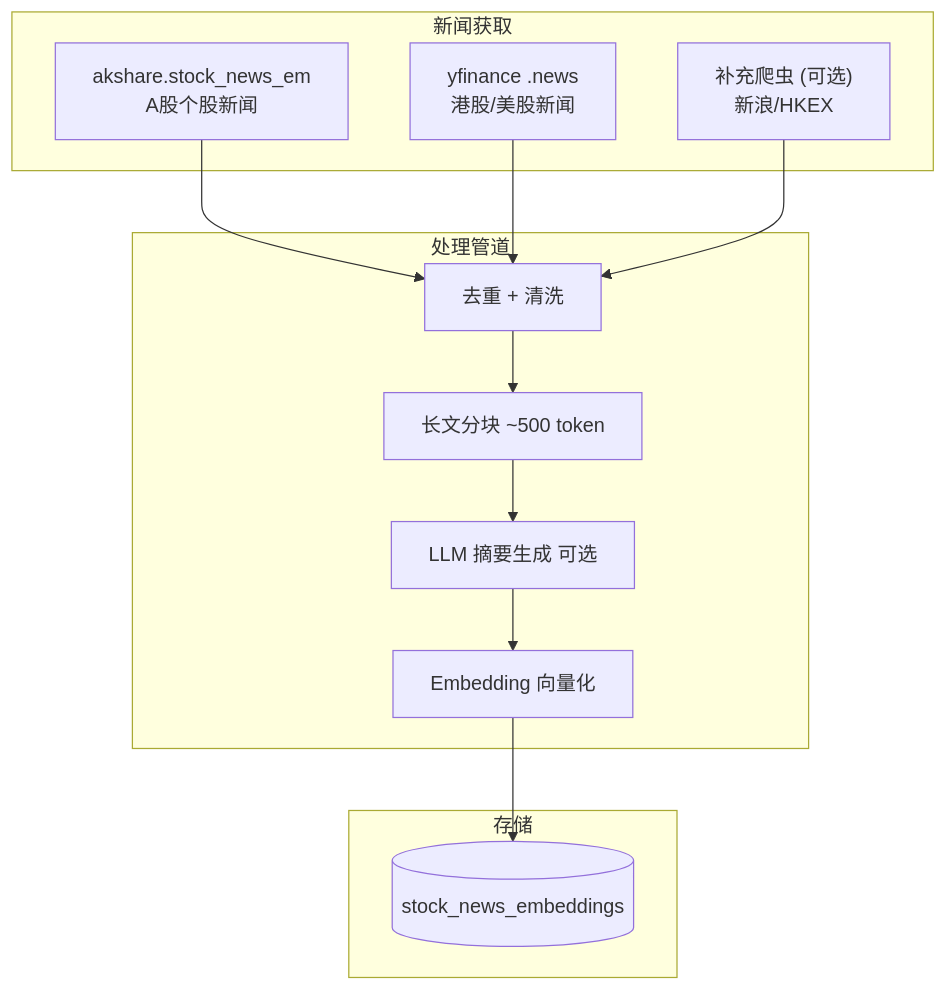
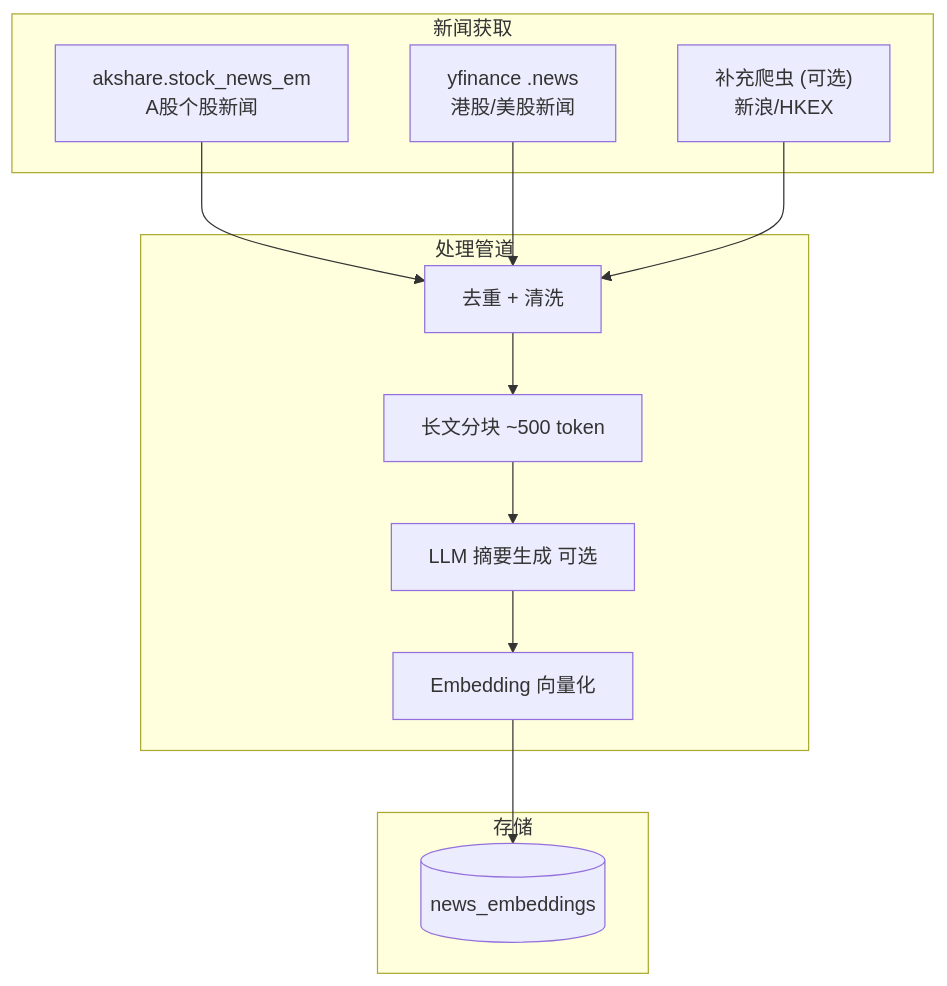
The seventh of 9 diagrams in docs/PRD_stock_ai_agent.md (cherryni2022/stock_ai_agent), drawn with Mermaid before and after one commit. The commit also changed other lines of this file and 6 other files, not shown here.

````diff
--- a/docs/PRD_stock_ai_agent.md
+++ b/docs/PRD_stock_ai_agent.md
@@ -726,21 +726,21 @@
 ```mermaid
 flowchart TD
     subgraph Fetch["新闻获取"]
         F1["akshare.stock_news_em\nA股个股新闻"]
         F2["yfinance .news\n港股/美股新闻"]
         F3["补充爬虫 (可选)\n新浪/HKEX"]
     end
 
     subgraph Process["处理管道"]
         P1[去重 + 清洗]
         P2[长文分块 ~500 token]
         P3[LLM 摘要生成 可选]
         P4[Embedding 向量化]
     end
 
     subgraph Store["存储"]
-        S1[(stock_news_embeddings)]
+        S1[(news_embeddings)]
     end
 
     F1 & F2 & F3 --> P1 --> P2 --> P3 --> P4 --> S1
 ```
````
